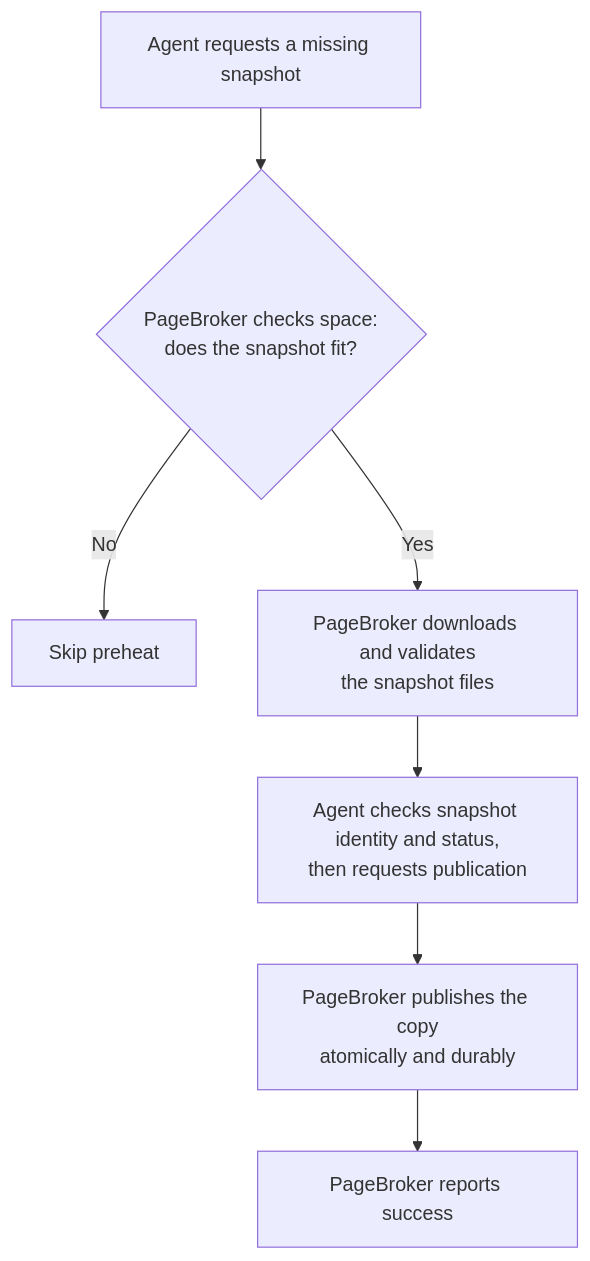
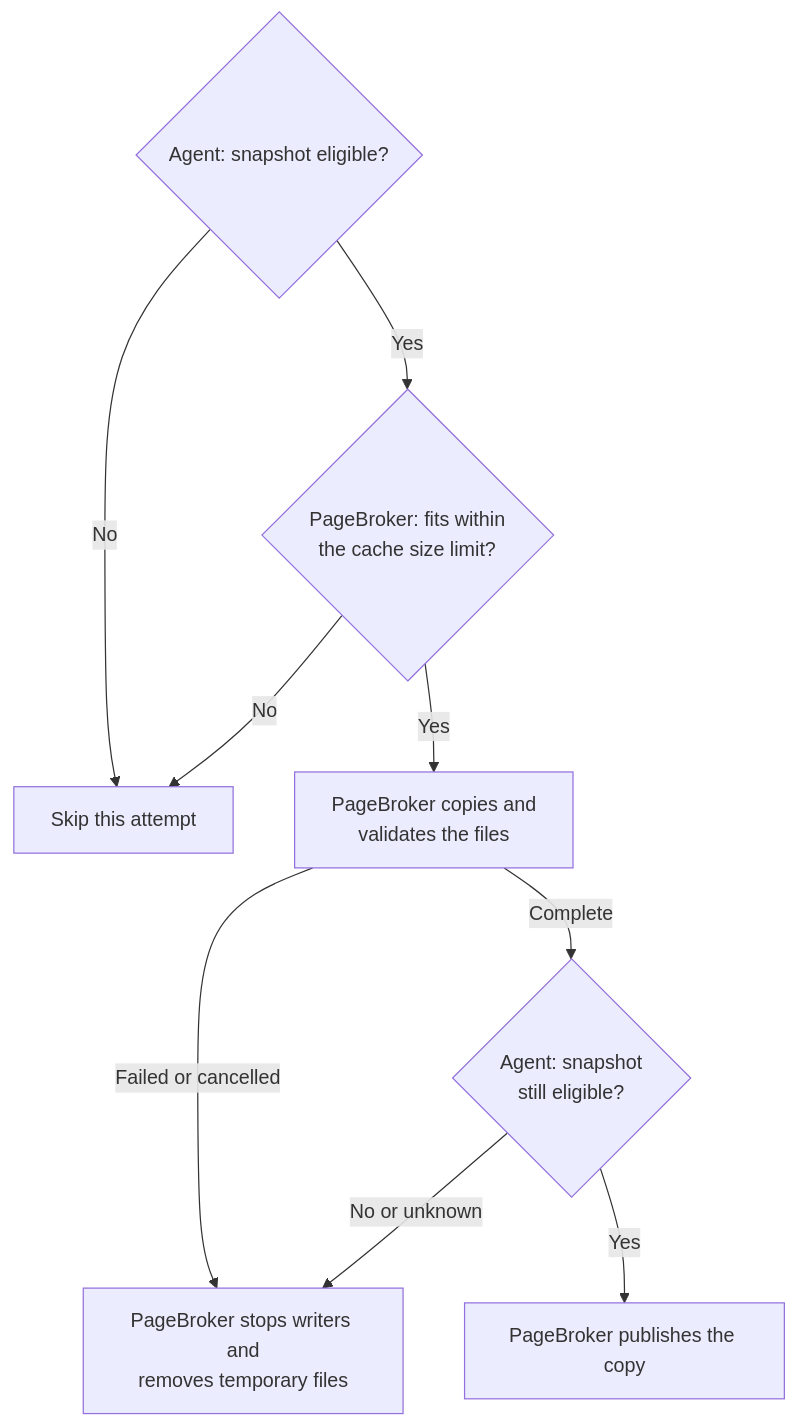
Before and after one commit to ai-dynamo/snapshot: the second of 3 diagrams in docs/design/644-node-cache/README.md, drawn with Mermaid. The commit also changed other lines of this file and 1 other file, not shown here.

Commit message:
docs(snep): address node cache design review

````diff
--- a/docs/design/644-node-cache/README.md
+++ b/docs/design/644-node-cache/README.md
@@ -273,9 +324,11 @@
 ```mermaid
 flowchart TD
-    A["Agent requests a missing snapshot"] --> B{"PageBroker checks space:<br/>does the snapshot fit?"}
-    B -->|No| C["Skip preheat"]
-    B -->|Yes| D["PageBroker downloads and validates<br/>the snapshot files"]
-    D --> E["Agent checks snapshot identity and status,<br/>then requests publication"]
-    E --> F["PageBroker publishes the copy<br/>atomically and durably"]
-    F --> G["PageBroker reports success"]
+    A{"Agent: snapshot eligible?"} -->|No| S["Skip this attempt"]
+    A -->|Yes| B{"PageBroker: fits within<br/>the cache size limit?"}
+    B -->|No| S
+    B -->|Yes| C["PageBroker copies and<br/>validates the files"]
+    C -->|Failed or cancelled| X["PageBroker stops writers and<br/>removes temporary files"]
+    C -->|Complete| D{"Agent: snapshot<br/>still eligible?"}
+    D -->|No or unknown| X
+    D -->|Yes| P["PageBroker publishes the copy"]
 ```
````
